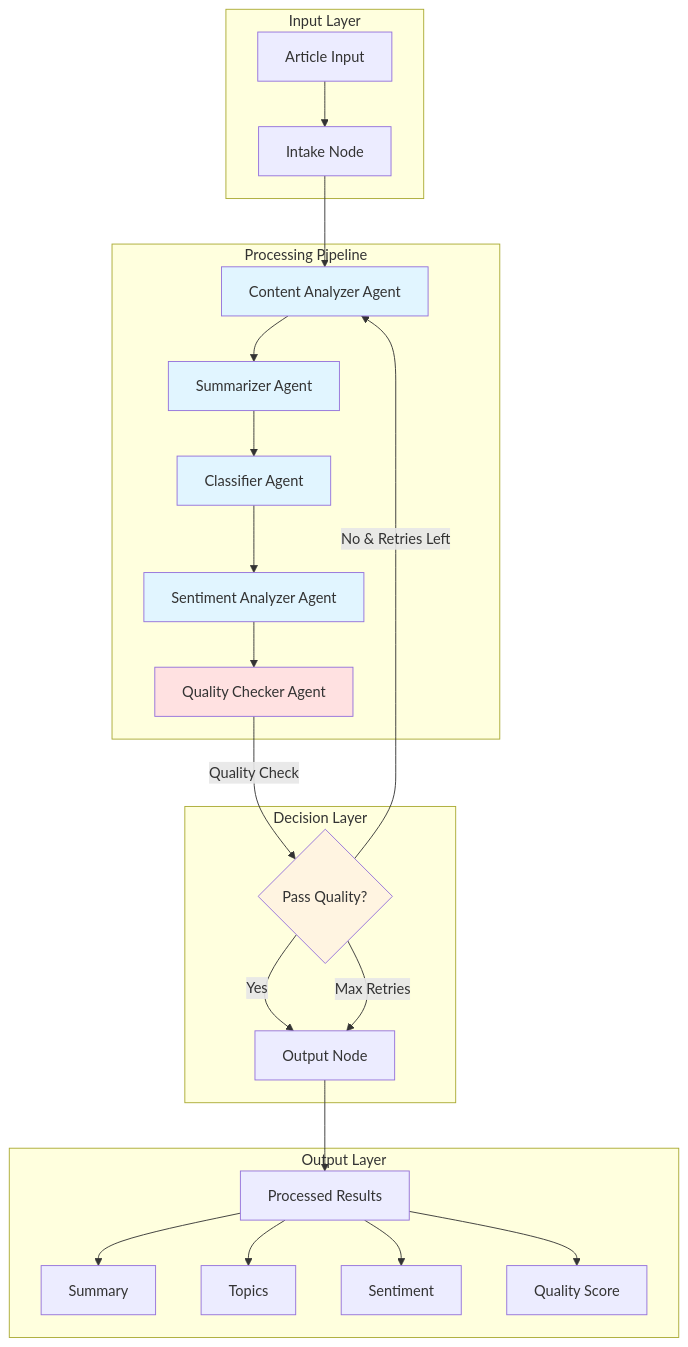
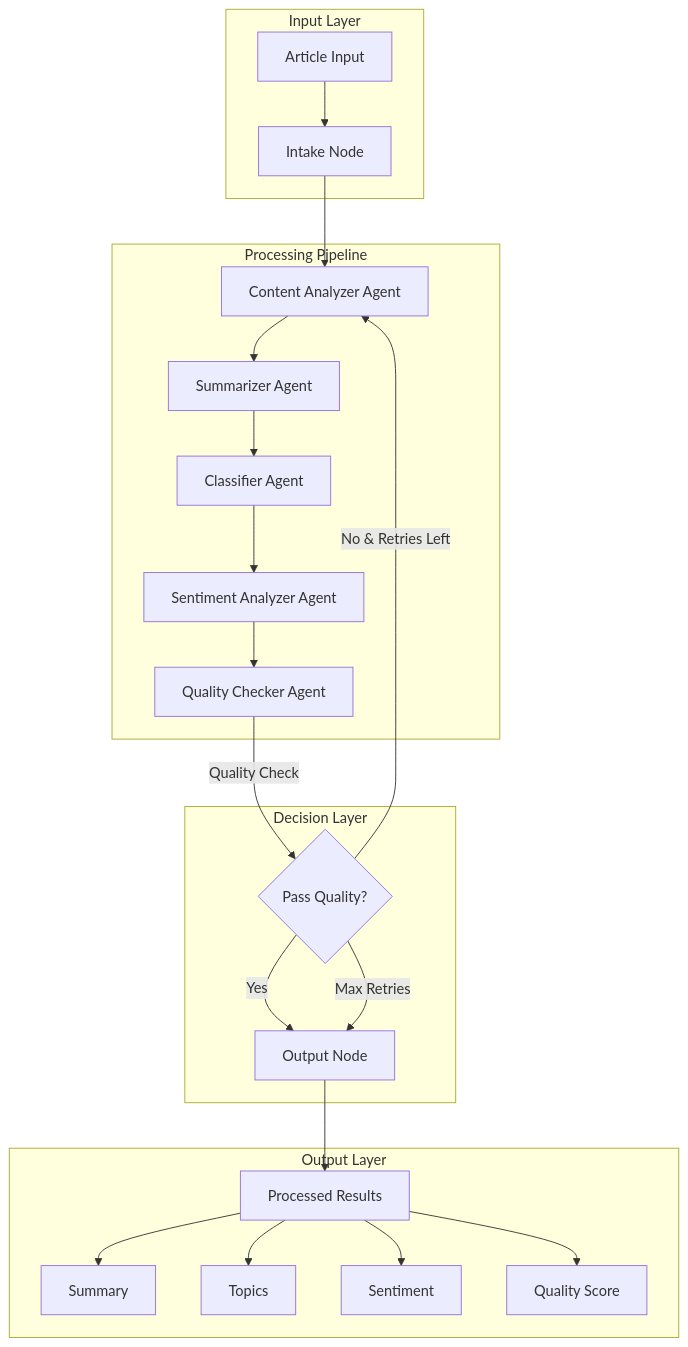
One commit to hoangsonww/AI-Gov-Content-Curator changed the first of 6 diagrams in agentic_ai/README.md. Above: the diagram before and after it, drawn with Mermaid. The commit also changed other lines of this file, not shown here.

````diff
--- a/agentic_ai/README.md
+++ b/agentic_ai/README.md
@@ -25,36 +25,29 @@
 ```mermaid
 graph TB
     subgraph "Input Layer"
         A[Article Input] --> B[Intake Node]
     end
 
     subgraph "Processing Pipeline"
         B --> C[Content Analyzer Agent]
         C --> D[Summarizer Agent]
         D --> E[Classifier Agent]
         E --> F[Sentiment Analyzer Agent]
         F --> G[Quality Checker Agent]
     end
 
     subgraph "Decision Layer"
         G -->|Quality Check| H{Pass Quality?}
         H -->|Yes| I[Output Node]
         H -->|No & Retries Left| C
         H -->|Max Retries| I
     end
 
     subgraph "Output Layer"
         I --> J[Processed Results]
         J --> K[Summary]
         J --> L[Topics]
         J --> M[Sentiment]
         J --> N[Quality Score]
     end
-
-    style C fill:#e1f5ff
-    style D fill:#e1f5ff
-    style E fill:#e1f5ff
-    style F fill:#e1f5ff
-    style G fill:#ffe1e1
-    style H fill:#fff4e1
 ```
````
